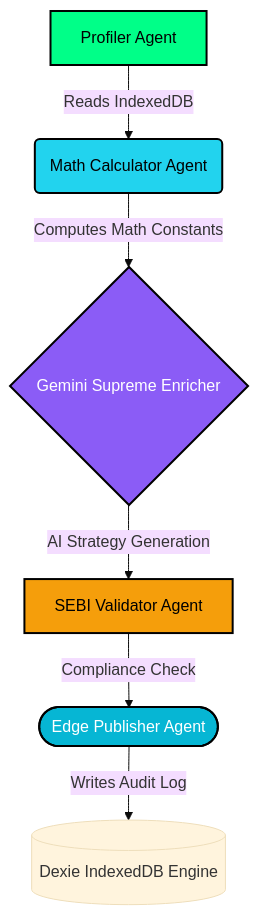
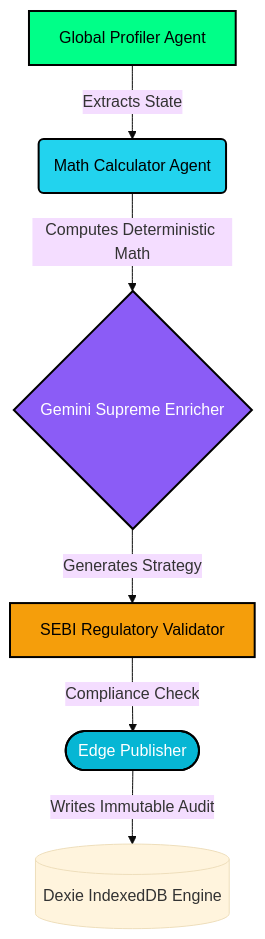
Before and after one commit to soumoditt-source/ANCHOR-AI-ULTIMATE-FINANCE-ASSISTANT: the diagram in README.md, drawn with Mermaid (base theme). The commit also changed other lines of this file, not shown here.

Commit message:
docs: enhanced README with fullstack architecture explanations and dynamic financial GIFs

````diff
--- a/README.md
+++ b/README.md
@@ -26,14 +30,14 @@
 ```mermaid
 graph TD;
-    A[Profiler Agent] -->|Reads IndexedDB| B(Math Calculator Agent);
-    B -->|Computes Math Constants| C{Gemini Supreme Enricher};
-    C -->|AI Strategy Generation| D[SEBI Validator Agent];
-    D -->|Compliance Check| E([Edge Publisher Agent]);
-    E -->|Writes Audit Log| F[(Dexie IndexedDB Engine)];
+    A[Global Profiler Agent] -->|Extracts State| B(Math Calculator Agent);
+    B -->|Computes Deterministic Math| C{Gemini Supreme Enricher};
+    C -->|Generates Strategy| D[SEBI Regulatory Validator];
+    D -->|Compliance Check| E([Edge Publisher]);
+    E -->|Writes Immutable Audit| F[(Dexie IndexedDB Engine)];
     
     style A fill:#00ff88,stroke:#000,stroke-width:2px,color:#000
     style B fill:#22d3ee,stroke:#000,stroke-width:2px,color:#000
     style C fill:#8b5cf6,stroke:#000,stroke-width:2px,color:#fff
     style D fill:#f59e0b,stroke:#000,stroke-width:2px,color:#000
     style E fill:#06b6d4,stroke:#000,stroke-width:2px,color:#fff
 ```
````
